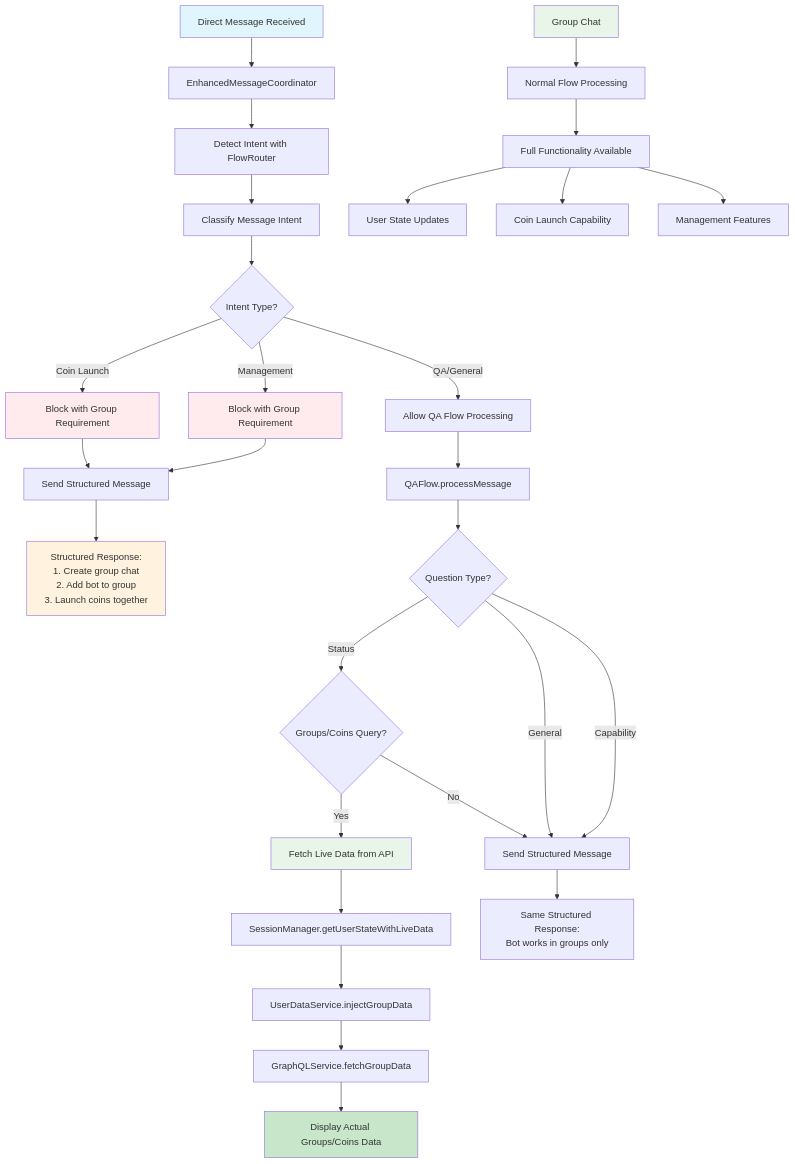
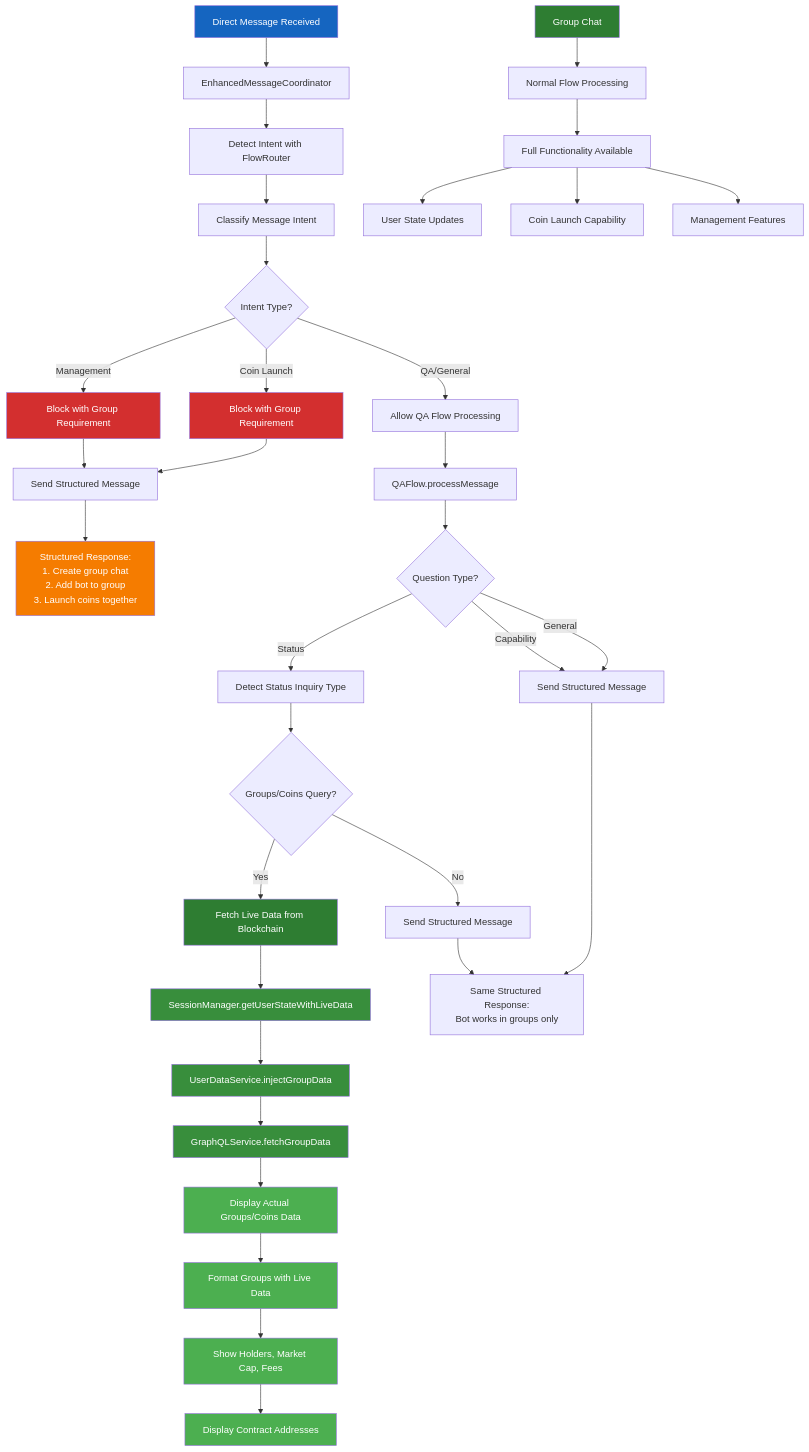
One commit to flayerlabs/xmtp-flaunchy changed the eighth of 12 diagrams in SYSTEM_ARCHITECTURE.md. Above: the diagram before and after it, drawn with Mermaid. The commit also changed other lines of this file, not shown here.

Commit message:
update system architecture

````diff
--- a/SYSTEM_ARCHITECTURE.md
+++ b/SYSTEM_ARCHITECTURE.md
@@ -439,46 +490,58 @@
 ```mermaid
 graph TD
     A[Direct Message Received] --> B[EnhancedMessageCoordinator]
     B --> C[Detect Intent with FlowRouter]
     C --> D[Classify Message Intent]
 
     D --> E{Intent Type?}
     E -->|Management| F[Block with Group Requirement]
     E -->|Coin Launch| G[Block with Group Requirement]
     E -->|QA/General| H[Allow QA Flow Processing]
 
     F --> I[Send Structured Message]
     G --> I
     H --> J[QAFlow.processMessage]
 
     I --> K[Structured Response:<br/>1. Create group chat<br/>2. Add bot to group<br/>3. Launch coins together]
 
     J --> L{Question Type?}
-    L -->|Capability| M[Send Structured Message]
-    L -->|Status| N{Groups/Coins Query?}
-    L -->|General| M
+    L -->|Status| M[Detect Status Inquiry Type]
+    L -->|Capability| N[Send Structured Message]
+    L -->|General| N
 
-    N -->|Yes| O[Fetch Live Data from API]
-    N -->|No| M
+    M --> O{Groups/Coins Query?}
+    O -->|Yes| P[Fetch Live Data from Blockchain]
+    O -->|No| Q[Send Structured Message]
 
-    O --> P[SessionManager.getUserStateWithLiveData]
-    P --> Q[UserDataService.injectGroupData]
-    Q --> R[GraphQLService.fetchGroupData]
-    R --> S[Display Actual Groups/Coins Data]
+    P --> R[SessionManager.getUserStateWithLiveData]
+    R --> S[UserDataService.injectGroupData]
+    S --> T[GraphQLService.fetchGroupData]
+    T --> U[Display Actual Groups/Coins Data]
 
-    M --> T[Same Structured Response:<br/>Bot works in groups only]
+    U --> V[Format Groups with Live Data]
+    V --> W[Show Holders, Market Cap, Fees]
+    W --> X[Display Contract Addresses]
 
-    U[Group Chat] --> V[Normal Flow Processing]
-    V --> W[Full Functionality Available]
-    W --> X[User State Updates]
-    W --> Y[Coin Launch Capability]
-    W --> Z[Management Features]
+    N --> Y[Same Structured Response:<br/>Bot works in groups only]
+    Q --> Y
 
-    style A fill:#e1f5fe
-    style F fill:#ffebee
-    style G fill:#ffebee
-    style K fill:#fff3e0
-    style O fill:#e8f5e8
-    style S fill:#c8e6c9
-    style U fill:#e8f5e8
+    Z[Group Chat] --> AA[Normal Flow Processing]
+    AA --> BB[Full Functionality Available]
+    BB --> CC[User State Updates]
+    BB --> DD[Coin Launch Capability]
+    BB --> EE[Management Features]
+
+    style A fill:#1565C0,color:#ffffff
+    style F fill:#D32F2F,color:#ffffff
+    style G fill:#D32F2F,color:#ffffff
+    style K fill:#F57C00,color:#ffffff
+    style P fill:#2E7D32,color:#ffffff
+    style R fill:#388E3C,color:#ffffff
+    style S fill:#388E3C,color:#ffffff
+    style T fill:#388E3C,color:#ffffff
+    style U fill:#4CAF50,color:#ffffff
+    style V fill:#4CAF50,color:#ffffff
+    style W fill:#4CAF50,color:#ffffff
+    style X fill:#4CAF50,color:#ffffff
+    style Z fill:#2E7D32,color:#ffffff
 ```
````
